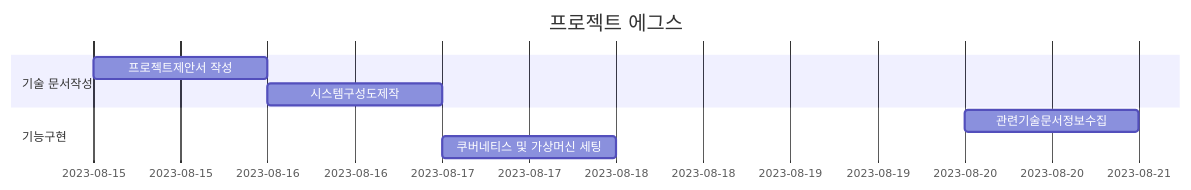
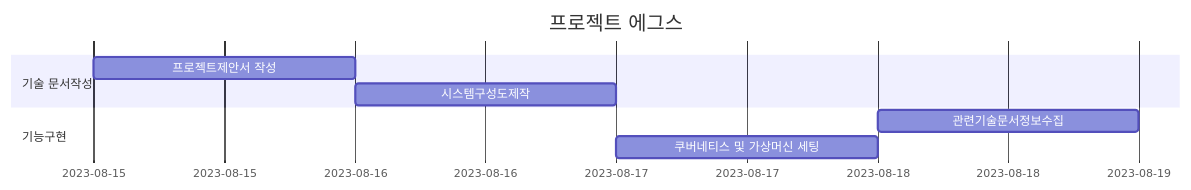
One commit to minjunkim5876/project_eggs changed the diagram in README.md. Above: the diagram before and after it, drawn with Mermaid.

Commit message:
ㅇㅇ

````diff
--- a/README.md
+++ b/README.md
@@ -4,12 +4,12 @@
 ```mermaid
 gantt
     title 프로젝트 에그스
     dateFormat  YYYY-MM-DD
     section 기술 문서작성
     프로젝트제안서 작성  : a1, 2023-8-15, 1d
     시스템구성도제작  : 2023-8-16, 1d
 
     section 기능구현
-    관련기술문서정보수집     : 2023-8-20  , 1d
+    관련기술문서정보수집     : 2023-8-18  , 1d
     쿠버네티스 및 가상머신 세팅 : 2023-8-17,  1d
 ```
````
